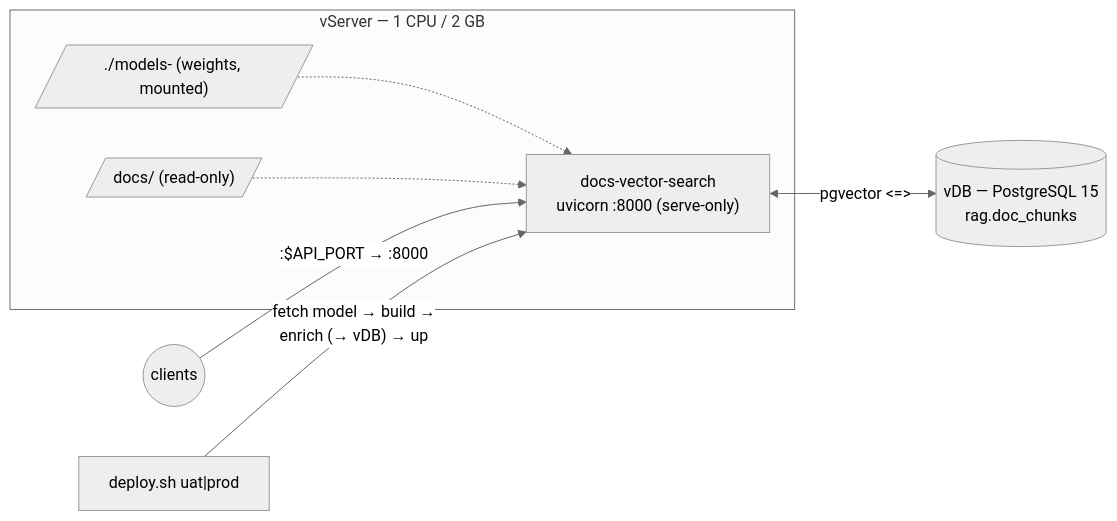
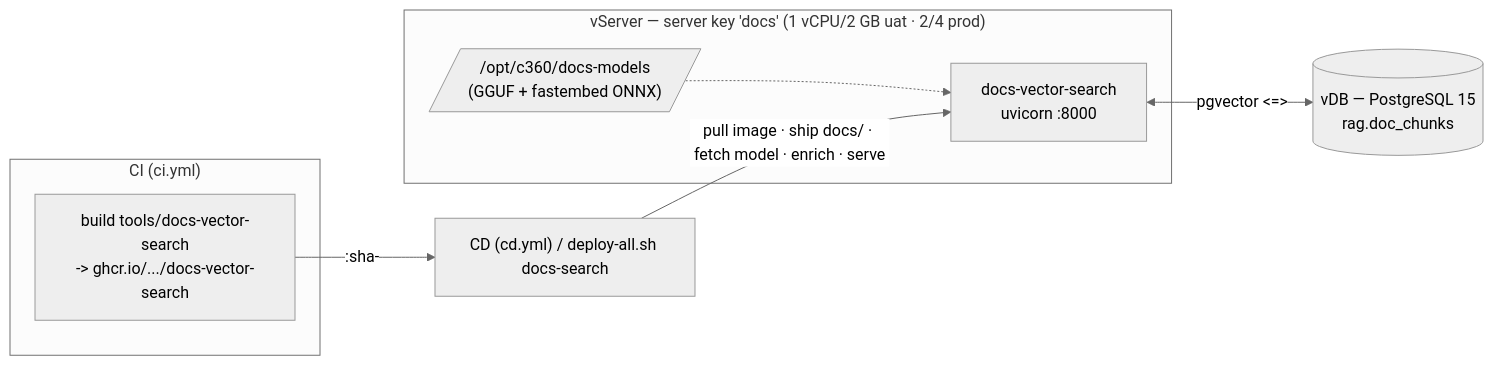
One commit to LEO-CDP/leo-customer360 changed the diagram in deployments/docs-vector-search/README.md. Above: the diagram before and after it, drawn with Mermaid (neutral theme). The commit also changed other lines of this file and 11 other files, not shown here.

First line of the commit message:
ci(docs-vector-search): adapt the AI service to the main CI/CD

````diff
--- a/deployments/docs-vector-search/README.md
+++ b/deployments/docs-vector-search/README.md
@@ -7,13 +8,14 @@
 ```mermaid
 flowchart LR
-  subgraph vserver["vServer — 1 CPU / 2 GB"]
-    C["docs-vector-search<br/>uvicorn :8000 (serve-only)"]
-    M[/"./models-<env> (weights, mounted)"/]
-    D[/"docs/ (read-only)"/]
+  subgraph ci["CI (ci.yml)"]
+    B["build tools/docs-vector-search<br/>-> ghcr.io/.../docs-vector-search"]
+  end
+  subgraph box["vServer — server key 'docs' (1 vCPU/2 GB uat · 2/4 prod)"]
+    C["docs-vector-search<br/>uvicorn :8000"]
+    M[/"/opt/c360/docs-models<br/>(GGUF + fastembed ONNX)"/]
     M -.-> C
-    D -.-> C
   end
-  U(("clients")) -->|":$API_PORT → :8000"| C
+  B -->|":sha-<commit>"| CD["CD (cd.yml) / deploy-all.sh docs-search"]
+  CD -->|"pull image · ship docs/ · fetch model · enrich · serve"| C
   C <-->|"pgvector <=>"| V[("vDB — PostgreSQL 15<br/>rag.doc_chunks")]
-  DEP["deploy.sh uat|prod"] -->|"fetch model → build →<br/>enrich (→ vDB) → up"| C
 ```
````
